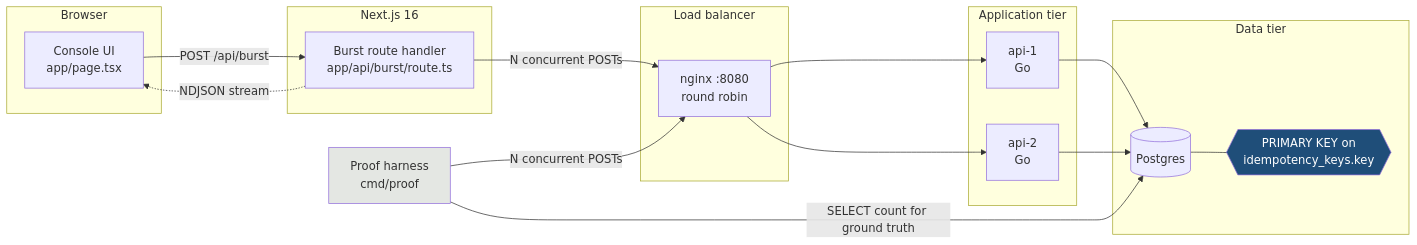
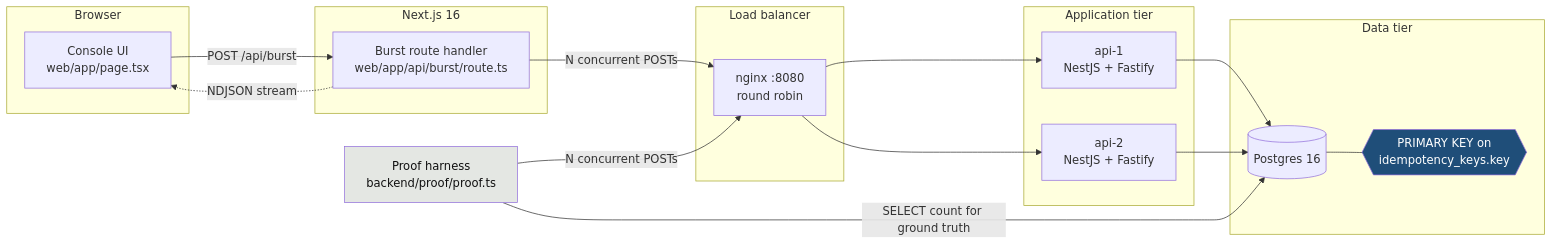
The first of 12 diagrams in docs/DIAGRAMS.md (Ridzzz0Alam/idempotent-payment), drawn with Mermaid before and after one commit. The commit also changed other lines of this file and 1 other file, not shown here.

````diff
--- a/docs/DIAGRAMS.md
+++ b/docs/DIAGRAMS.md
@@ -14,41 +17,41 @@
 ```mermaid
 flowchart LR
     subgraph browser["Browser"]
-        UI["Console UI<br/>app/page.tsx"]
+        UI["Console UI<br/>web/app/page.tsx"]
     end
 
     subgraph next["Next.js 16"]
-        RH["Burst route handler<br/>app/api/burst/route.ts"]
+        RH["Burst route handler<br/>web/app/api/burst/route.ts"]
     end
 
     subgraph edge["Load balancer"]
         NX["nginx :8080<br/>round robin"]
     end
 
     subgraph app["Application tier"]
-        A1["api-1<br/>Go"]
-        A2["api-2<br/>Go"]
+        A1["api-1<br/>NestJS + Fastify"]
+        A2["api-2<br/>NestJS + Fastify"]
     end
 
     subgraph data["Data tier"]
-        PG[("Postgres")]
+        PG[("Postgres 16")]
         IDX{{"PRIMARY KEY on<br/>idempotency_keys.key"}}
     end
 
-    PROOF["Proof harness<br/>cmd/proof"]
+    PROOF["Proof harness<br/>backend/proof/proof.ts"]
 
     UI -->|"POST /api/burst"| RH
     RH -->|"N concurrent POSTs"| NX
     PROOF -->|"N concurrent POSTs"| NX
     RH -.->|"NDJSON stream"| UI
 
     NX --> A1
     NX --> A2
     A1 --> PG
     A2 --> PG
     PG --- IDX
     PROOF -->|"SELECT count for ground truth"| PG
 
     style IDX fill:#1f4e79,color:#ffffff
-    style PROOF fill:#e4e7e3
+    style PROOF fill:#e4e7e3,color:#111111
 ```
````
